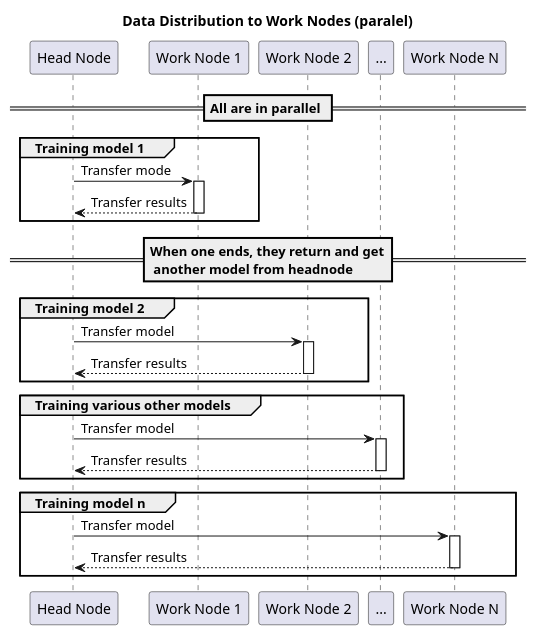
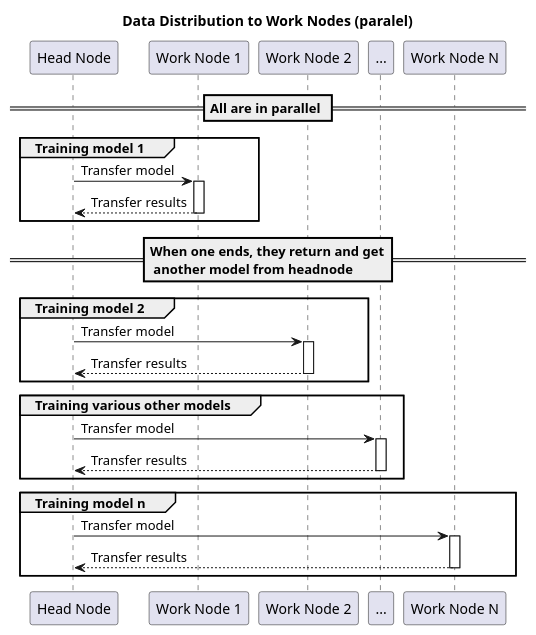
The second of 3 diagrams in schema.plantuml (DenisLeonte/disertation_app), drawn with PlantUML before and after one commit. The commit also changed other lines of this file and 13 other files, not shown here.

```diff
--- a/schema.plantuml
+++ b/schema.plantuml
@@ -27,29 +27,29 @@
 @startuml distribution_paralel
 title Data Distribution to Work Nodes (paralel)
 
 participant "Head Node" as head
 participant "Work Node 1" as w1
 participant "Work Node 2" as w2
 participant "..." as wp
 participant "Work Node N" as wn
 
 == All are in parallel ==
 group Training model 1
-head -> w1 ++:Transfer mode
+head -> w1 ++:Transfer model
 return Transfer results
 end
 == When one ends, they return and get\n another model from headnode ==
 group Training model 2
 head -> w2 ++:Transfer model
 return Transfer results
 end
 group Training various other models
 head -> wp ++:Transfer model
 return Transfer results
 end
 group Training model n
 head -> wn ++:Transfer model
 return Transfer results
 end
 
 @enduml
```
